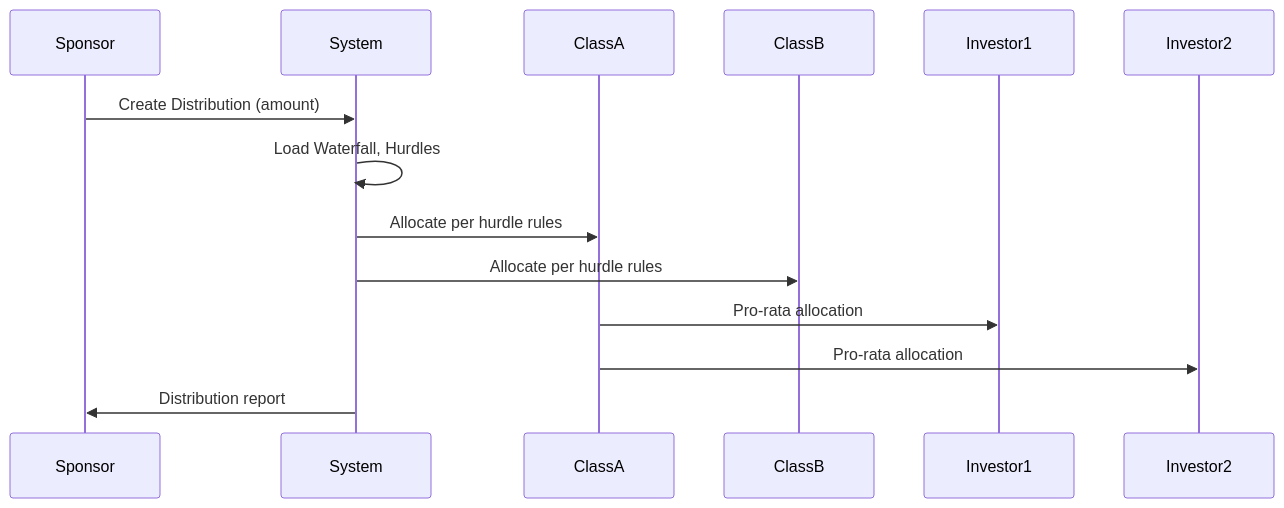
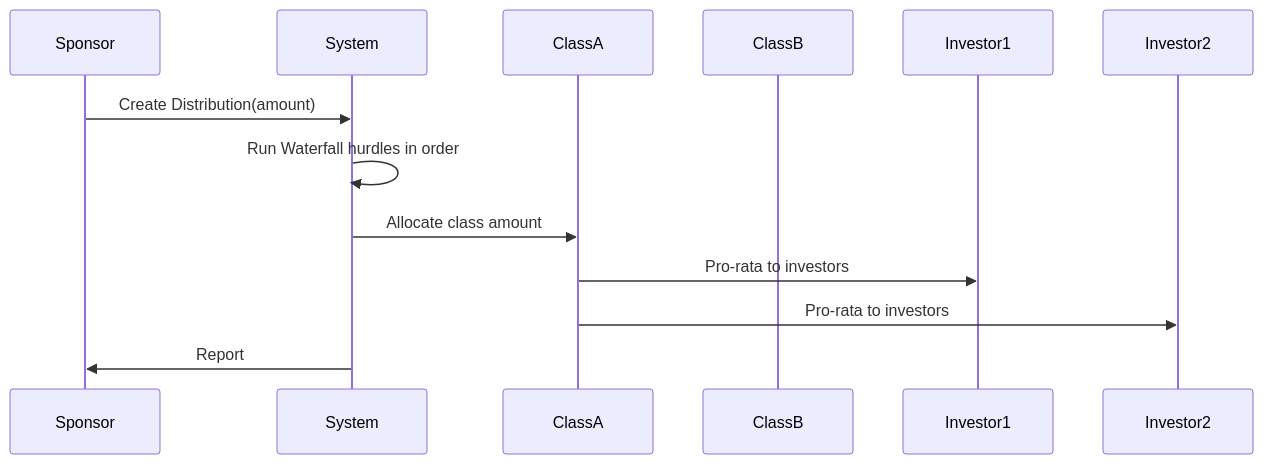
Before and after one commit to mateen212/ZASM-INVESTMENT: the second of 2 diagrams in README.md, drawn with Mermaid. The commit also changed other lines of this file, not shown here.

````diff
--- a/README.md
+++ b/README.md
@@ -272,17 +175,16 @@
 ```mermaid
 sequenceDiagram
-		participant Sponsor
-		participant System
-		participant ClassA
-		participant ClassB
-		participant Investor1
-		participant Investor2
+	participant Sponsor
+	participant System
+	participant ClassA
+	participant ClassB
+	participant Investor1
+	participant Investor2
 
-		Sponsor->>System: Create Distribution (amount)
-		System->>System: Load Waterfall, Hurdles
-		System->>ClassA: Allocate per hurdle rules
-		System->>ClassB: Allocate per hurdle rules
-		ClassA->>Investor1: Pro-rata allocation
-		ClassA->>Investor2: Pro-rata allocation
-		System->>Sponsor: Distribution report
+	Sponsor->>System: Create Distribution(amount)
+	System->>System: Run Waterfall hurdles in order
+	System->>ClassA: Allocate class amount
+	ClassA->>Investor1: Pro-rata to investors
+	ClassA->>Investor2: Pro-rata to investors
+	System->>Sponsor: Report
 ```
````
